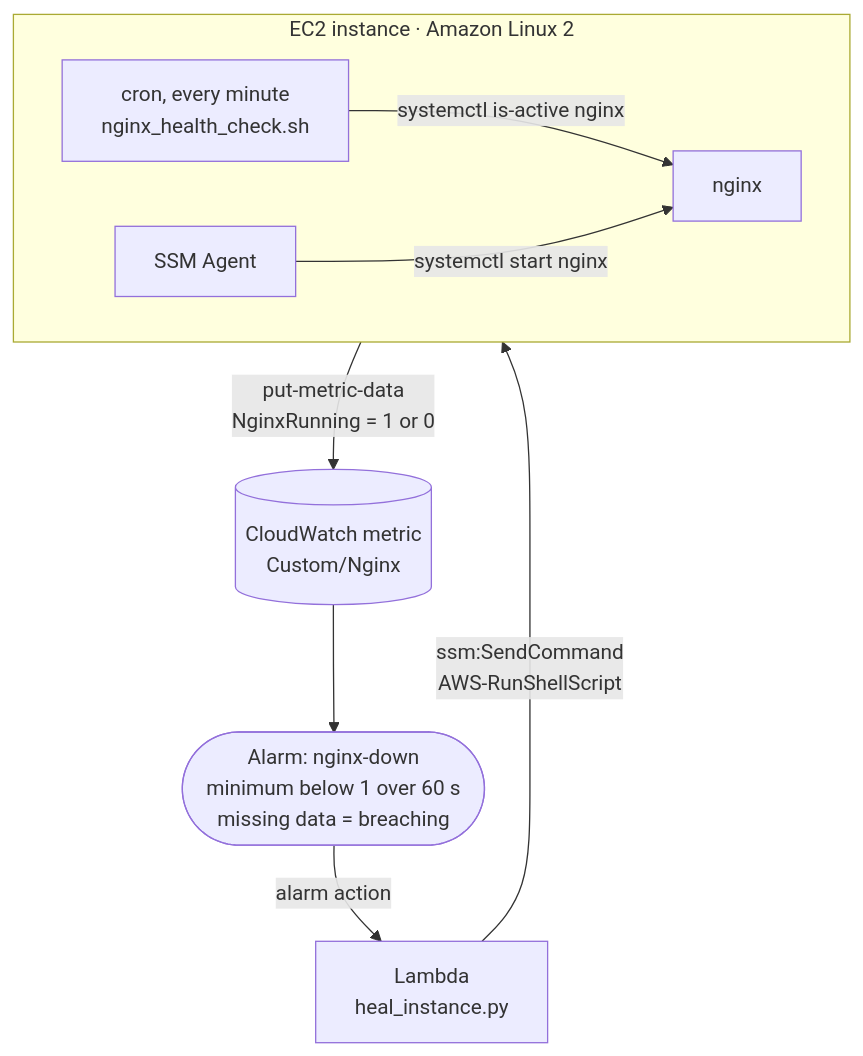
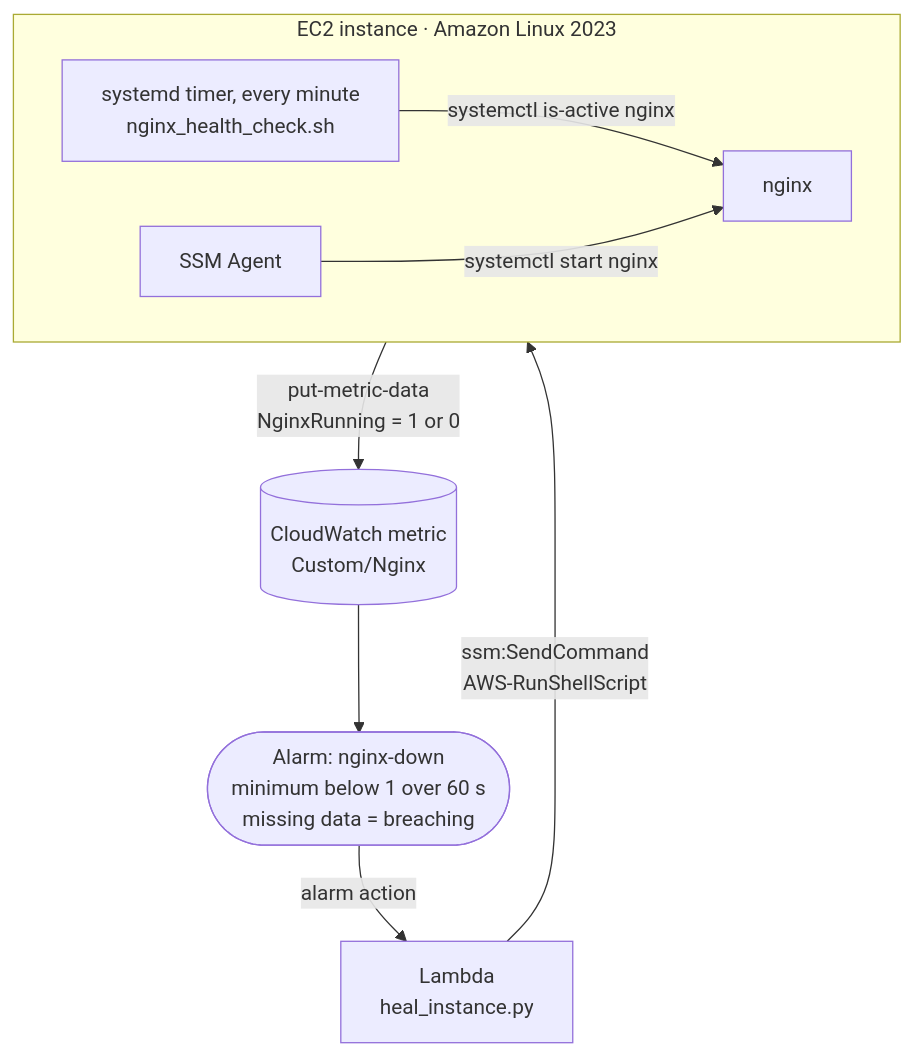
Before and after one commit to aimsotrash/self-healing-infra: the diagram in README.md, drawn with Mermaid. The commit also changed other lines of this file and 2 other files, not shown here.

First line of the commit message:
Move the instance to Amazon Linux 2023

````diff
--- a/README.md
+++ b/README.md
@@ -13,15 +13,15 @@
 ```mermaid
 flowchart TB
-    subgraph ec2["EC2 instance · Amazon Linux 2"]
+    subgraph ec2["EC2 instance · Amazon Linux 2023"]
         direction LR
-        check["cron, every minute<br/>nginx_health_check.sh"]
+        check["systemd timer, every minute<br/>nginx_health_check.sh"]
         nginx["nginx"]
         agent["SSM Agent"]
     end
     check -->|"systemctl is-active nginx"| nginx
     check -->|"put-metric-data<br/>NginxRunning = 1 or 0"| metric[("CloudWatch metric<br/>Custom/Nginx")]
     metric --> alarm(["Alarm: nginx-down<br/>minimum below 1 over 60 s<br/>missing data = breaching"])
     alarm -->|"alarm action"| lambda["Lambda<br/>heal_instance.py"]
     lambda -->|"ssm:SendCommand<br/>AWS-RunShellScript"| agent
     agent -->|"systemctl start nginx"| nginx
 ```
````
